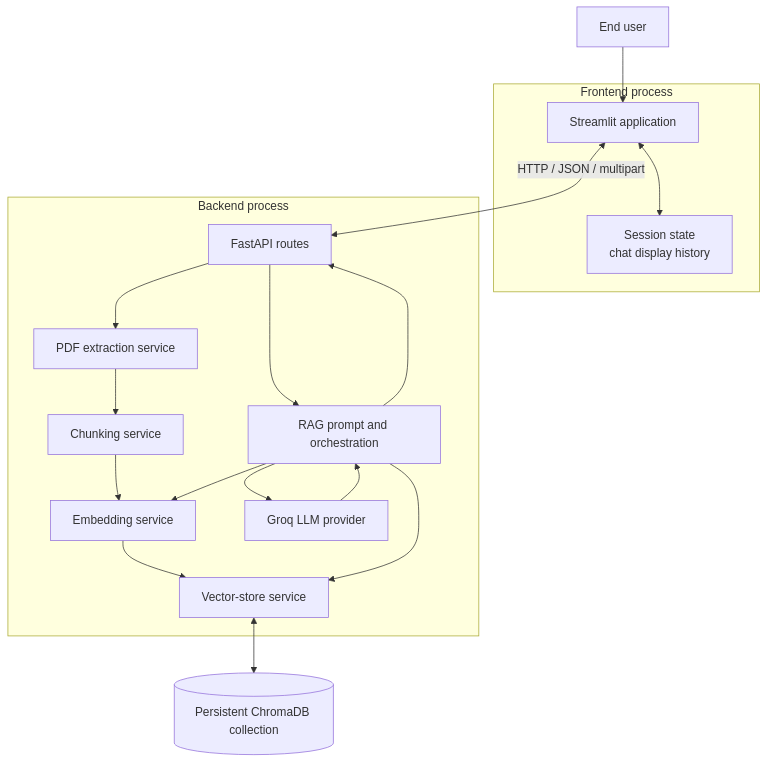
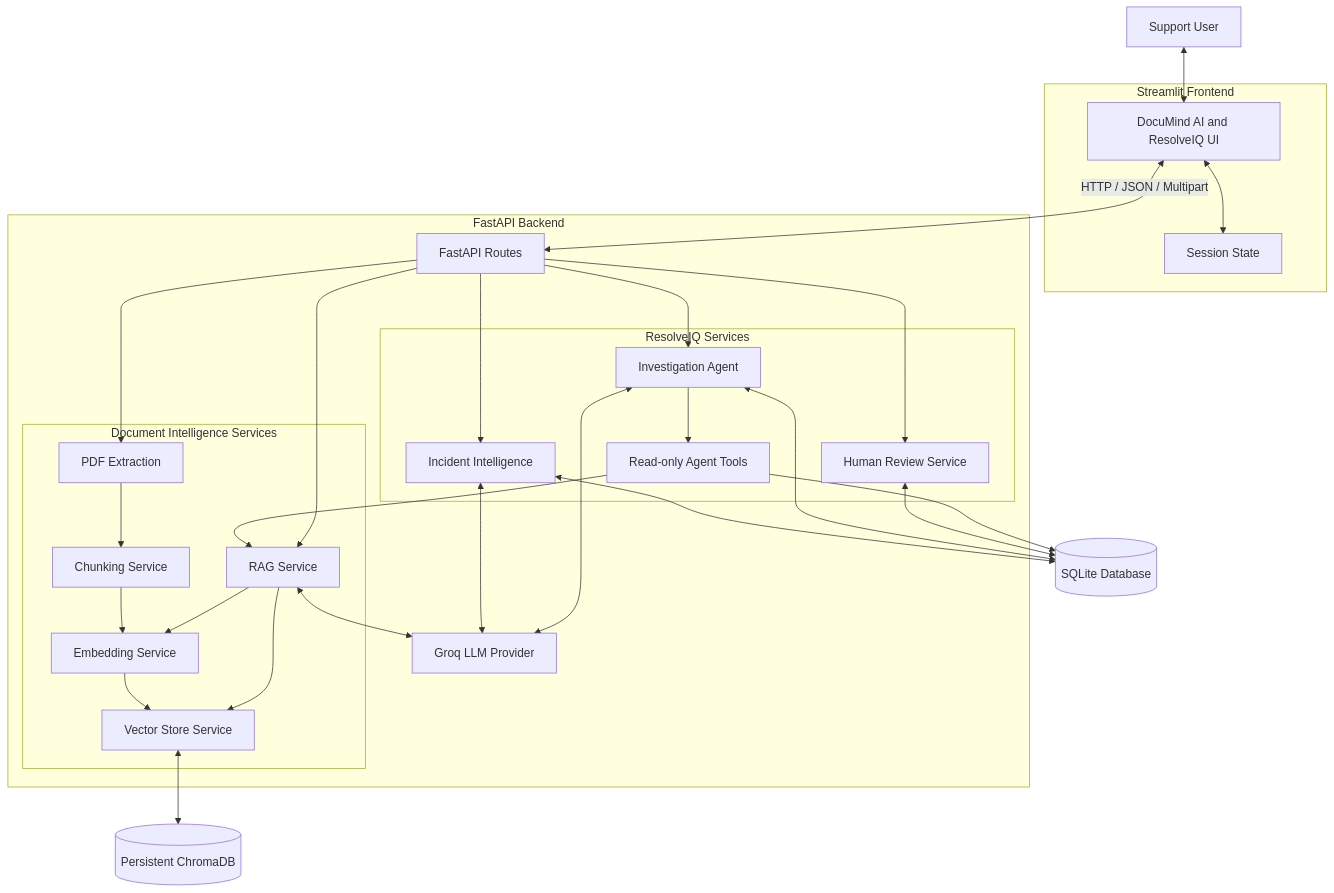
Before and after one commit to nujumniza/ai-document-assistant-documind: the first of 7 diagrams in docs/architecture.md, drawn with Mermaid. The commit also changed other lines of this file and 17 other files, not shown here.

Commit message:
Build ResolveIQ agentic support platform

````diff
--- a/docs/architecture.md
+++ b/docs/architecture.md
@@ -12,29 +29,63 @@
 ```mermaid
 flowchart TB
-    USER[End user]
-    subgraph FRONTEND[Frontend process]
-        STREAMLIT[Streamlit application]
-        STATE[Session state\nchat display history]
+    USER[Support User]
+
+    subgraph FRONTEND[Streamlit Frontend]
+        UI[DocuMind AI and ResolveIQ UI]
+        SESSION[Session State]
     end
-    subgraph BACKEND[Backend process]
-        API[FastAPI routes]
-        PDF[PDF extraction service]
-        CHUNK[Chunking service]
-        EMBED[Embedding service]
-        VECTOR[Vector-store service]
-        RAG[RAG prompt and orchestration]
-        PROVIDER[Groq LLM provider]
+
+    subgraph BACKEND[FastAPI Backend]
+        API[FastAPI Routes]
+
+        subgraph INCIDENT[ResolveIQ Services]
+            INTEL[Incident Intelligence]
+            AGENT[Investigation Agent]
+            REVIEW[Human Review Service]
+            TOOLS[Read-only Agent Tools]
+        end
+
+        subgraph DOCUMENTS[Document Intelligence Services]
+            PDF[PDF Extraction]
+            CHUNK[Chunking Service]
+            EMBED[Embedding Service]
+            VECTOR[Vector Store Service]
+            RAG[RAG Service]
+        end
+
+        LLM[Groq LLM Provider]
     end
-    DB[(Persistent ChromaDB collection)]
-    USER --> STREAMLIT
-    STREAMLIT <--> STATE
-    STREAMLIT <-->|HTTP / JSON / multipart| API
-    API --> PDF --> CHUNK --> EMBED --> VECTOR
-    VECTOR <--> DB
+
+    SQLITE[(SQLite Database)]
+    CHROMA[(Persistent ChromaDB)]
+
+    USER <--> UI
+    UI <--> SESSION
+    UI <-->|HTTP / JSON / Multipart| API
+
+    API --> INTEL
+    API --> AGENT
+    API --> REVIEW
+
+    INTEL <--> SQLITE
+    AGENT <--> SQLITE
+    REVIEW <--> SQLITE
+
+    AGENT --> TOOLS
+    TOOLS --> SQLITE
+    TOOLS --> RAG
+
+    API --> PDF
+    PDF --> CHUNK
+    CHUNK --> EMBED
+    EMBED --> VECTOR
+    VECTOR <--> CHROMA
+
     API --> RAG
     RAG --> EMBED
     RAG --> VECTOR
-    RAG --> PROVIDER
-    PROVIDER --> RAG
-    RAG --> API
+
+    INTEL <--> LLM
+    AGENT <--> LLM
+    RAG <--> LLM
 ```
````
